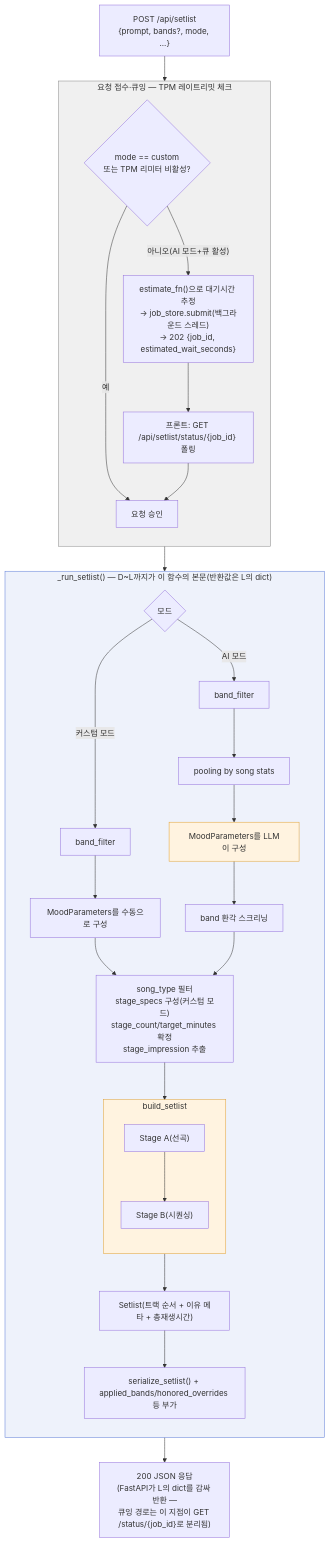
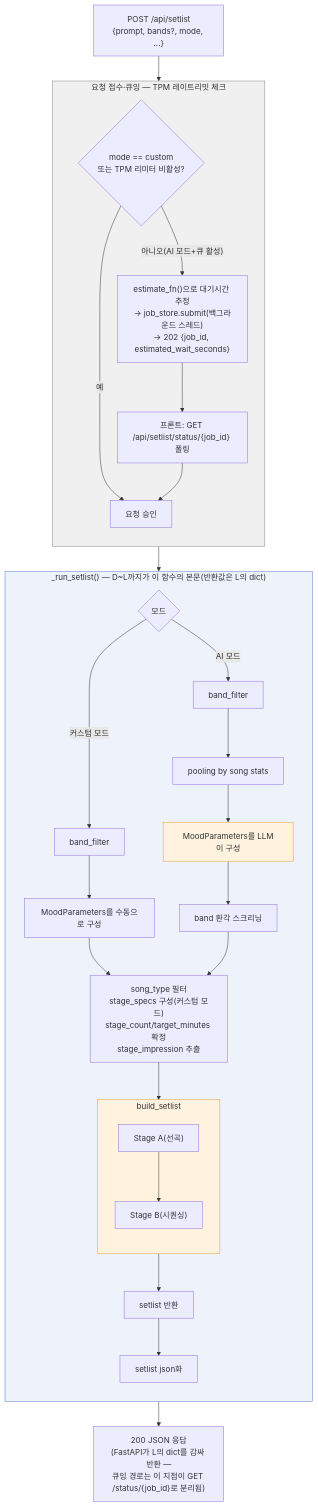
One commit to sbb2002/bandori-playlist-maker changed the first of 2 diagrams in archive/version/v2/01-prompt-to-playlist-flow.md. Above: the diagram before and after it, drawn with Mermaid.

Commit message:
docs(v2-flow): K/L 노드 라벨을 'setlist 반환'/'setlist json화'로 단순화

````diff
--- a/archive/version/v2/01-prompt-to-playlist-flow.md
+++ b/archive/version/v2/01-prompt-to-playlist-flow.md
@@ -14,44 +14,44 @@
 ```mermaid
 flowchart TD
     A["POST /api/setlist<br/>{prompt, bands?, mode, ...}"] --> B
 
     subgraph INTAKE["요청 접수·큐잉 — TPM 레이트리밋 체크"]
         direction TB
         B{"mode == custom<br/>또는 TPM 리미터 비활성?"}
         B -- "예" --> APPROVE["요청 승인"]
         B -- "아니오(AI 모드+큐 활성)" --> Q["estimate_fn()으로 대기시간 추정<br/>→ job_store.submit(백그라운드 스레드)<br/>→ 202 {job_id, estimated_wait_seconds}"]
         Q --> QP["프론트: GET /api/setlist/status/{job_id} 폴링"]
         QP --> APPROVE
     end
 
     APPROVE --> RUN
 
     subgraph RUN["_run_setlist() — D~L까지가 이 함수의 본문(반환값은 L의 dict)"]
         direction TB
         E{"모드"}
         E -- "커스텀 모드" --> D1["band_filter"]
         D1 --> E1["MoodParameters를 수동으로 구성"]
         E -- "AI 모드" --> D2["band_filter"]
         D2 --> E2["pooling by song stats"]
         E2 --> LLM["MoodParameters를 LLM이 구성"]
         LLM --> G["band 환각 스크리닝"]
         E1 --> H
         G --> H["song_type 필터<br/>stage_specs 구성(커스텀 모드)<br/>stage_count/target_minutes 확정<br/>stage_impression 추출"]
         H --> SEL
 
         subgraph SEL["build_setlist"]
             direction TB
             SA["Stage A(선곡)"]
             SA --> SB["Stage B(시퀀싱)"]
         end
-        SEL --> K["Setlist(트랙 순서 + 이유 메타 + 총재생시간)"]
-        K --> L["serialize_setlist() + applied_bands/honored_overrides 등 부가"]
+        SEL --> K["setlist 반환"]
+        K --> L["setlist json화"]
     end
 
     RUN --> M["200 JSON 응답<br/>(FastAPI가 L의 dict를 감싸 반환 —<br/>큐잉 경로는 이 지점이 GET /status/{job_id}로 분리됨)"]
 
     style INTAKE fill:#f0f0f0,stroke:#888
     style RUN fill:#eef2fb,stroke:#5a7bd6
     style LLM fill:#fff3e0,stroke:#e0a030
     style SEL fill:#fff3e0,stroke:#e0a030
 ```
````
